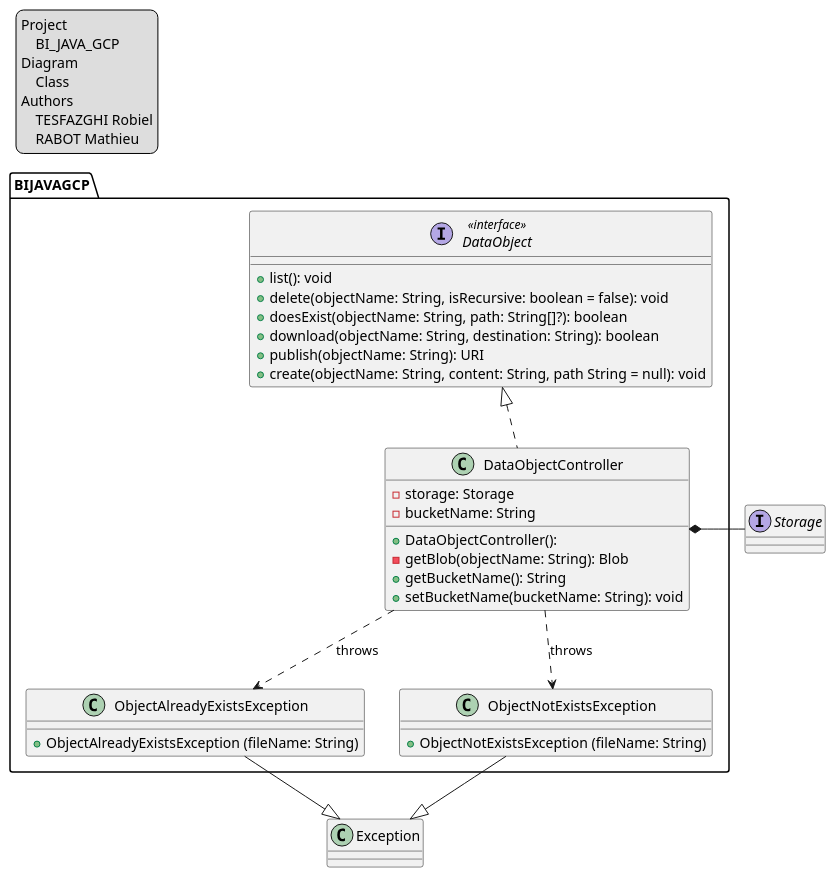
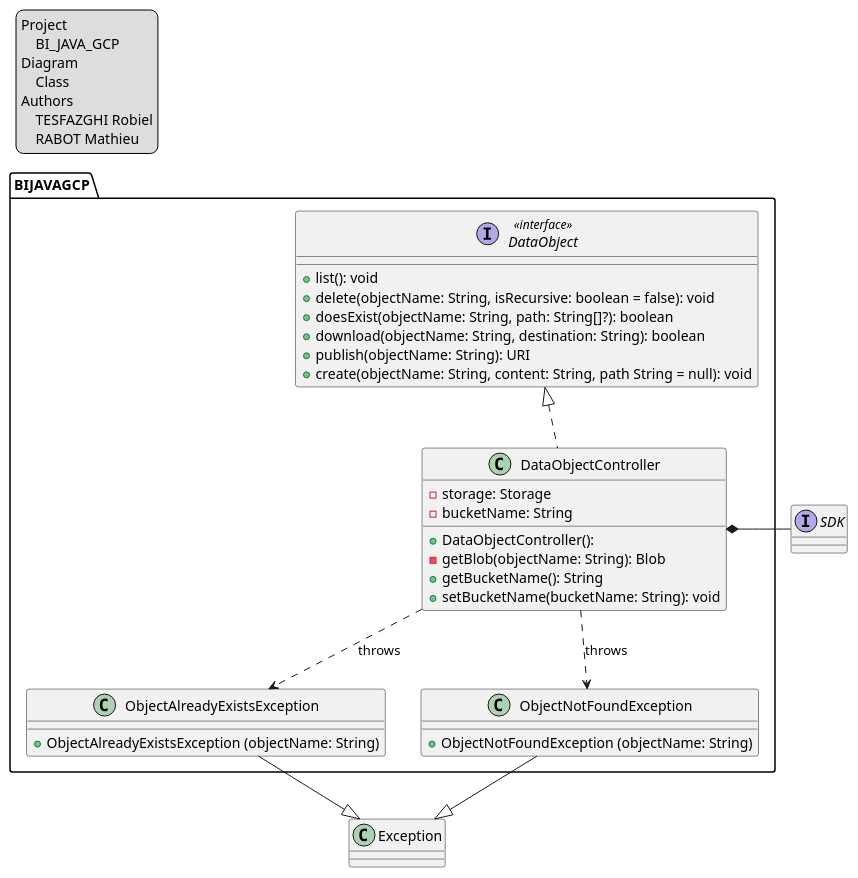
Before and after one commit to CPNV-ES-BI/BI_JAVA_GCP: the diagram in doc/Diagramme de classe.plantuml, drawn with PlantUML. The commit also changed 1 other file, not shown here.

Commit message:
Update class diagram to adapte SDK and execption name

```diff
--- a/doc/Diagramme de classe.plantuml
+++ b/doc/Diagramme de classe.plantuml
@@ -1,57 +1,57 @@
 @startuml
 'https://plantuml.com/class-diagram
 
 legend top left
     Project
         BI_JAVA_GCP
     Diagram
         Class
     Authors
         TESFAZGHI Robiel
         RABOT Mathieu
 endlegend
 
 package BIJAVAGCP {
     interface DataObject << interface >>{
         + list(): void
         + delete(objectName: String, isRecursive: boolean = false): void
         + doesExist(objectName: String, path: String[]?): boolean
         + download(objectName: String, destination: String): boolean
         + publish(objectName: String): URI
         + create(objectName: String, content: String, path String = null): void
     }
 
     class DataObjectController {
         + DataObjectController():
         - storage: Storage
         - bucketName: String
         - getBlob(objectName: String): Blob
         + getBucketName(): String
         + setBucketName(bucketName: String): void
     }
 
     class ObjectAlreadyExistsException {
-        + ObjectAlreadyExistsException (fileName: String)
+        + ObjectAlreadyExistsException (objectName: String)
     }
 
-    class ObjectNotExistsException {
-        + ObjectNotExistsException (fileName: String)
+    class ObjectNotFoundException {
+        + ObjectNotFoundException (objectName: String)
     }
 }
 
 class Exception
 
-interface Storage
+interface SDK
 
 
 DataObject <|.. DataObjectController
 
 DataObjectController ..> ObjectAlreadyExistsException : throws
-DataObjectController  ..> ObjectNotExistsException : throws
+DataObjectController  ..> ObjectNotFoundException : throws
 
 ObjectAlreadyExistsException  --|> Exception
-ObjectNotExistsException --|> Exception
+ObjectNotFoundException --|> Exception
 
-DataObjectController *- Storage
+DataObjectController *- SDK
 
 @enduml
```
